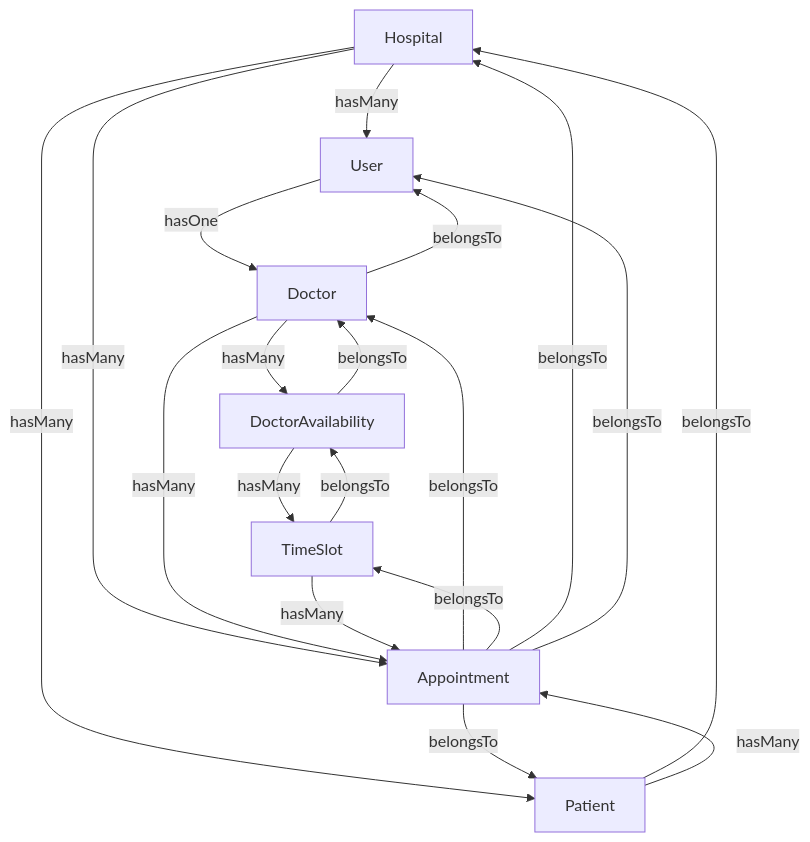
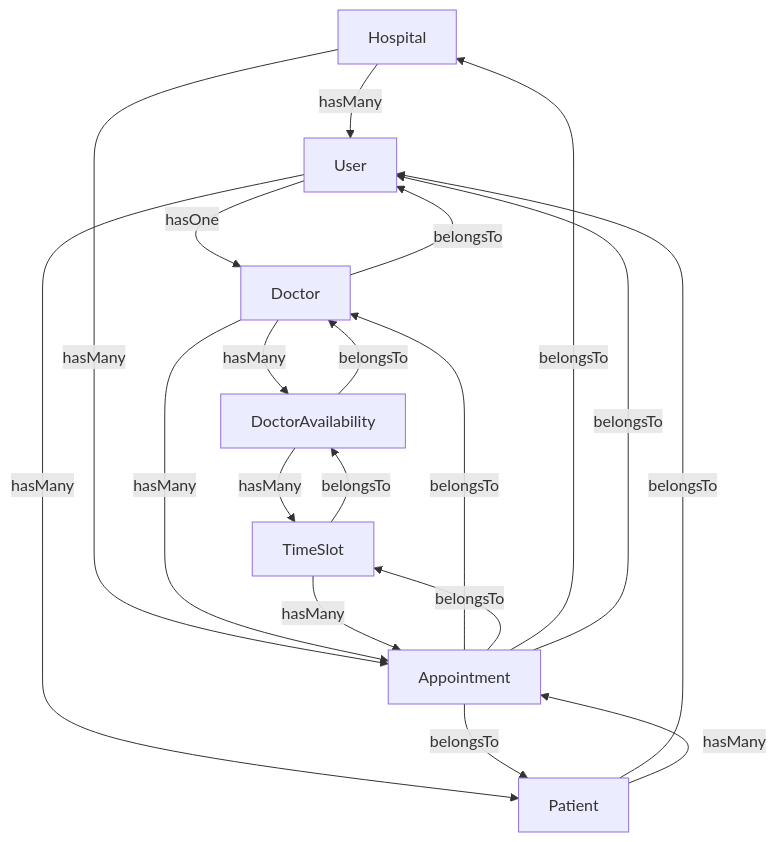
One commit to AmbyHasan/HMS changed the second of 4 diagrams in docs/02-Database-Design.md. Above: the diagram before and after it, drawn with Mermaid. The commit also changed other lines of this file, not shown here.

````diff
--- a/docs/02-Database-Design.md
+++ b/docs/02-Database-Design.md
@@ -465,26 +471,26 @@
 ```mermaid
 graph TD
     H["Hospital"] -->|hasMany| U["User"]   
-    H -->|hasMany| P["Patient"]
     H -->|hasMany| A["Appointment"]
 
     U -->|hasOne| D["Doctor"]
+    U -->|hasMany| P["Patient"]
     D -->|belongsTo| U
     D -->|hasMany| DA["DoctorAvailability"]
     D -->|hasMany| A
 
     DA -->|belongsTo| D
     DA -->|hasMany| TS["TimeSlot"]
 
     TS -->|belongsTo| DA
     TS -->|hasMany| A
 
-    P -->|belongsTo| H
+    P -->|belongsTo| U
     P -->|hasMany| A
 
     A -->|belongsTo| D
     A -->|belongsTo| P
     A -->|belongsTo| TS
     A -->|belongsTo| H
     A -->|belongsTo| U
 ```
````
